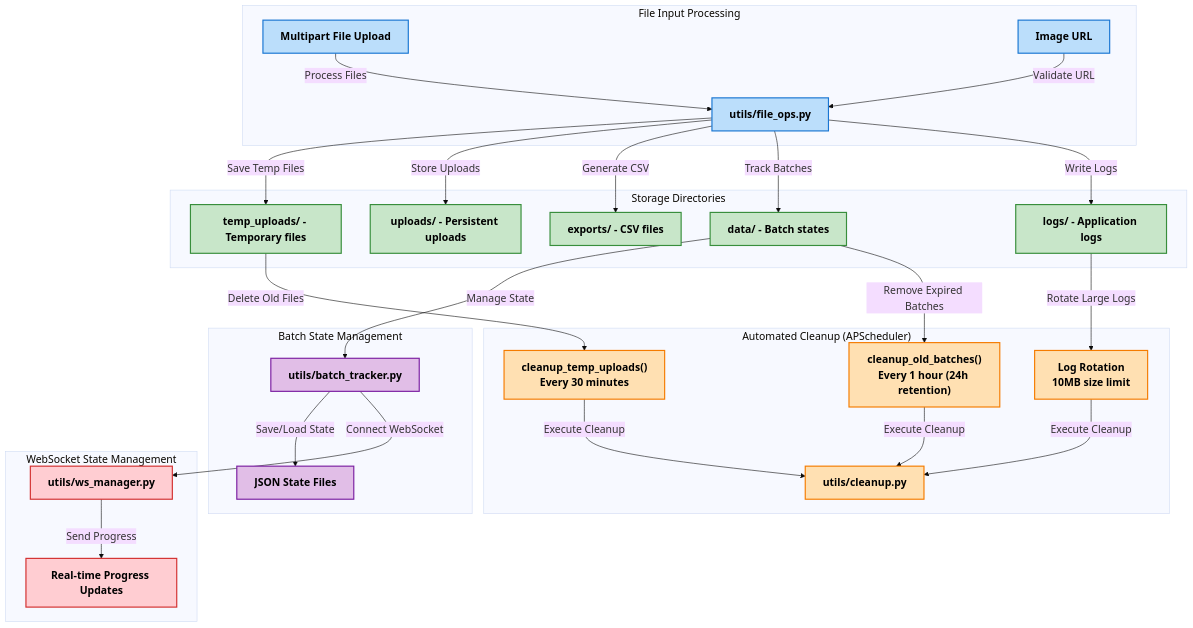
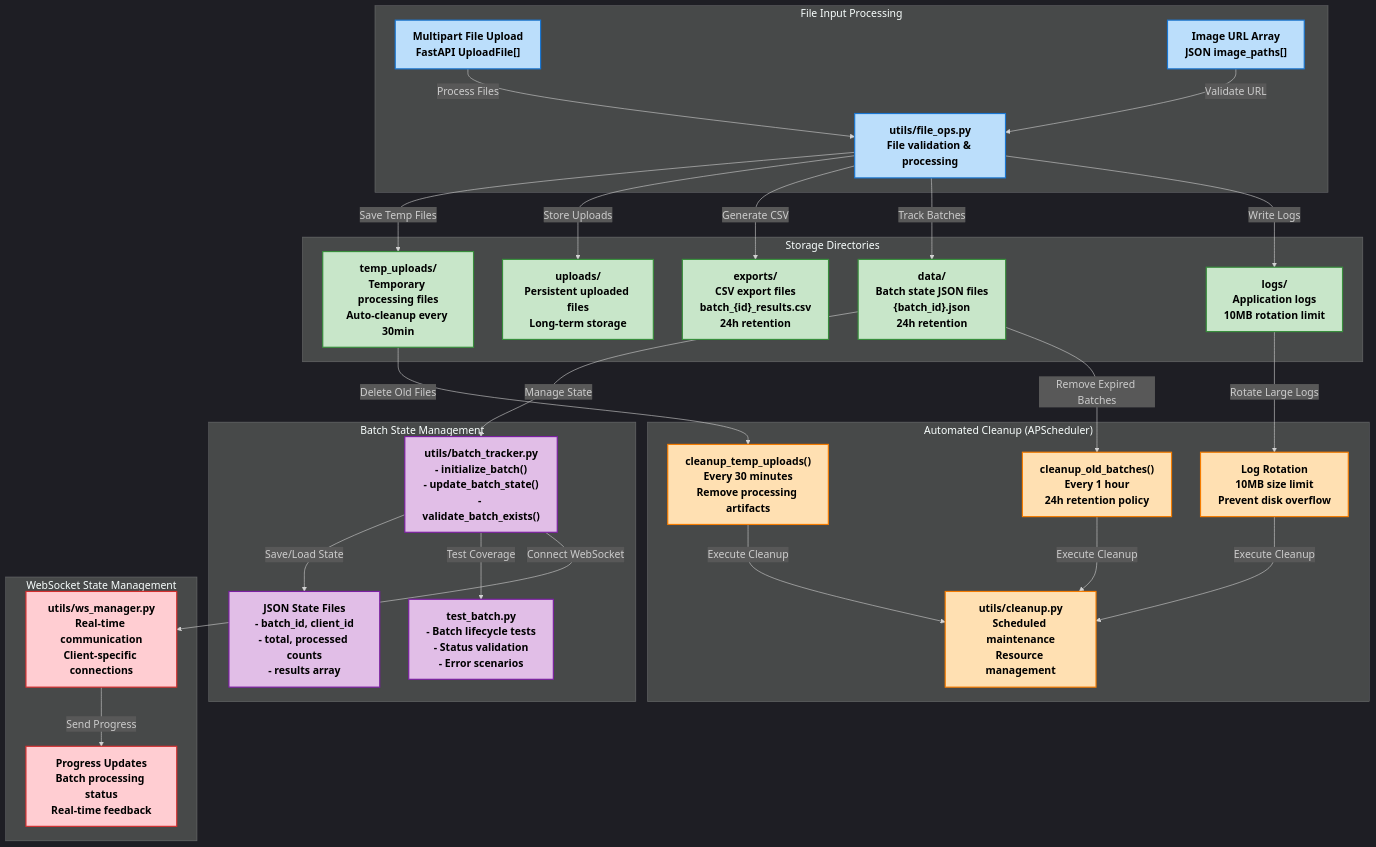
The diagram in docs/images/Data Flow and Storage.mmd (Dhruv0306/SymphonyProject1), drawn with Mermaid before and after one commit. The commit also changed 36 other files, not shown here.

First line of the commit message:
docs: enhance architecture and feature documentation

```diff
--- a/docs/images/Data Flow and Storage.mmd
+++ b/docs/images/Data Flow and Storage.mmd
@@ -1,49 +1,51 @@
-%%{init: {'theme': 'base', 'themeVariables': { 'fontFamily': 'arial', 'fontSize': '18px', 'fontWeight': 'bold'}}}%%
+%%{init: {'theme': 'dark', 'themeVariables': { 'fontFamily': 'arial', 'fontSize': '18px', 'fontWeight': 'bold'}}}%%
 graph TD
     subgraph "File Input Processing"
         style A1 fill:#bbdefb,stroke:#1976d2,stroke-width:2px,color:#000000,font-weight:bold
         style A2 fill:#bbdefb,stroke:#1976d2,stroke-width:2px,color:#000000,font-weight:bold
         style A3 fill:#bbdefb,stroke:#1976d2,stroke-width:2px,color:#000000,font-weight:bold
-        A1["Multipart File Upload"] -->|"Process Files"| A3["utils/file_ops.py"]
-        A2["Image URL"] -->|"Validate URL"| A3
+        A1["Multipart File Upload<br/>FastAPI UploadFile[]"] -->|"Process Files"| A3["utils/file_ops.py<br/>File validation & processing"]
+        A2["Image URL Array<br/>JSON image_paths[]"] -->|"Validate URL"| A3
     end
 
     subgraph "Storage Directories"
         style B1 fill:#c8e6c9,stroke:#388e3c,stroke-width:2px,color:#000000,font-weight:bold
         style B2 fill:#c8e6c9,stroke:#388e3c,stroke-width:2px,color:#000000,font-weight:bold
         style B3 fill:#c8e6c9,stroke:#388e3c,stroke-width:2px,color:#000000,font-weight:bold
         style B4 fill:#c8e6c9,stroke:#388e3c,stroke-width:2px,color:#000000,font-weight:bold
         style B5 fill:#c8e6c9,stroke:#388e3c,stroke-width:2px,color:#000000,font-weight:bold
-        A3 -->|"Save Temp Files"| B1["temp_uploads/ - Temporary files"]
-        A3 -->|"Store Uploads"| B2["uploads/ - Persistent uploads"]
-        A3 -->|"Generate CSV"| B3["exports/ - CSV files"]
-        A3 -->|"Track Batches"| B4["data/ - Batch states"]
-        A3 -->|"Write Logs"| B5["logs/ - Application logs"]
+        A3 -->|"Save Temp Files"| B1["temp_uploads/<br/>Temporary processing files<br/>Auto-cleanup every 30min"]
+        A3 -->|"Store Uploads"| B2["uploads/<br/>Persistent uploaded files<br/>Long-term storage"]
+        A3 -->|"Generate CSV"| B3["exports/<br/>CSV export files<br/>batch_{id}_results.csv<br/>24h retention"]
+        A3 -->|"Track Batches"| B4["data/<br/>Batch state JSON files<br/>{batch_id}.json<br/>24h retention"]
+        A3 -->|"Write Logs"| B5["logs/<br/>Application logs<br/>10MB rotation limit"]
     end
 
     subgraph "Batch State Management"
         style C1 fill:#e1bee7,stroke:#7b1fa2,stroke-width:2px,color:#000000,font-weight:bold
         style C2 fill:#e1bee7,stroke:#7b1fa2,stroke-width:2px,color:#000000,font-weight:bold
-        B4 -->|"Manage State"| C1["utils/batch_tracker.py"]
-        C1 -->|"Save/Load State"| C2["JSON State Files"]
+        style C3 fill:#e1bee7,stroke:#7b1fa2,stroke-width:2px,color:#000000,font-weight:bold
+        B4 -->|"Manage State"| C1["utils/batch_tracker.py<br/>- initialize_batch()<br/>- update_batch_state()<br/>- validate_batch_exists()"]
+        C1 -->|"Save/Load State"| C2["JSON State Files<br/>- batch_id, client_id<br/>- total, processed counts<br/>- results array"]
+        C1 -->|"Test Coverage"| C3["test_batch.py<br/>- Batch lifecycle tests<br/>- Status validation<br/>- Error scenarios"]
     end
 
     subgraph "Automated Cleanup (APScheduler)"
         style D1 fill:#ffe0b2,stroke:#f57c00,stroke-width:2px,color:#000000,font-weight:bold
         style D2 fill:#ffe0b2,stroke:#f57c00,stroke-width:2px,color:#000000,font-weight:bold
         style D3 fill:#ffe0b2,stroke:#f57c00,stroke-width:2px,color:#000000,font-weight:bold
         style D4 fill:#ffe0b2,stroke:#f57c00,stroke-width:2px,color:#000000,font-weight:bold
-        B1 -->|"Delete Old Files"| D1["cleanup_temp_uploads()<br/>Every 30 minutes"]
-        B4 -->|"Remove Expired Batches"| D2["cleanup_old_batches()<br/>Every 1 hour (24h retention)"]
-        B5 -->|"Rotate Large Logs"| D3["Log Rotation<br/>10MB size limit"]
-        D1 -->|"Execute Cleanup"| D4["utils/cleanup.py"]
+        B1 -->|"Delete Old Files"| D1["cleanup_temp_uploads()<br/>Every 30 minutes<br/>Remove processing artifacts"]
+        B4 -->|"Remove Expired Batches"| D2["cleanup_old_batches()<br/>Every 1 hour<br/>24h retention policy"]
+        B5 -->|"Rotate Large Logs"| D3["Log Rotation<br/>10MB size limit<br/>Prevent disk overflow"]
+        D1 -->|"Execute Cleanup"| D4["utils/cleanup.py<br/>Scheduled maintenance<br/>Resource management"]
         D2 -->|"Execute Cleanup"| D4
         D3 -->|"Execute Cleanup"| D4
     end
 
     subgraph "WebSocket State Management"
         style E1 fill:#ffcdd2,stroke:#d32f2f,stroke-width:2px,color:#000000,font-weight:bold
         style E2 fill:#ffcdd2,stroke:#d32f2f,stroke-width:2px,color:#000000,font-weight:bold
-        C1 -->|"Connect WebSocket"| E1["utils/ws_manager.py"]
-        E1 -->|"Send Progress"| E2["Real-time Progress Updates"]
+        C1 -->|"Connect WebSocket"| E1["utils/ws_manager.py<br/>Real-time communication<br/>Client-specific connections"]
+        E1 -->|"Send Progress"| E2["Progress Updates<br/>Batch processing status<br/>Real-time feedback"]
     end
```
